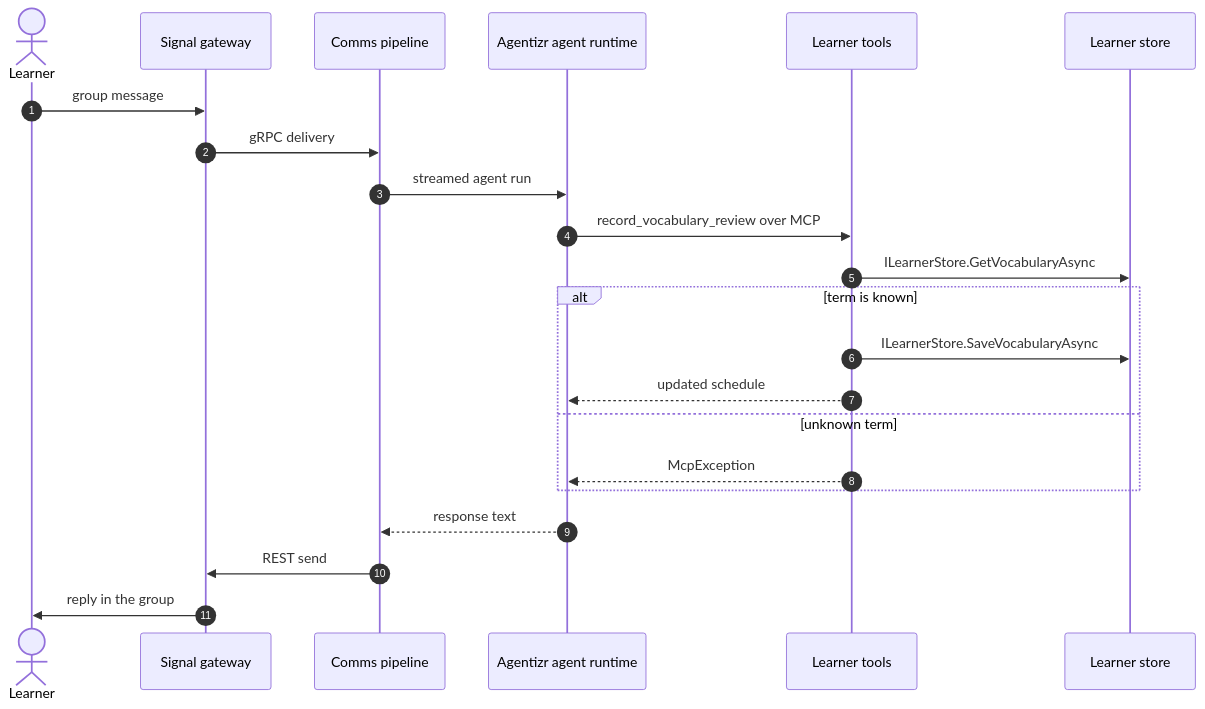
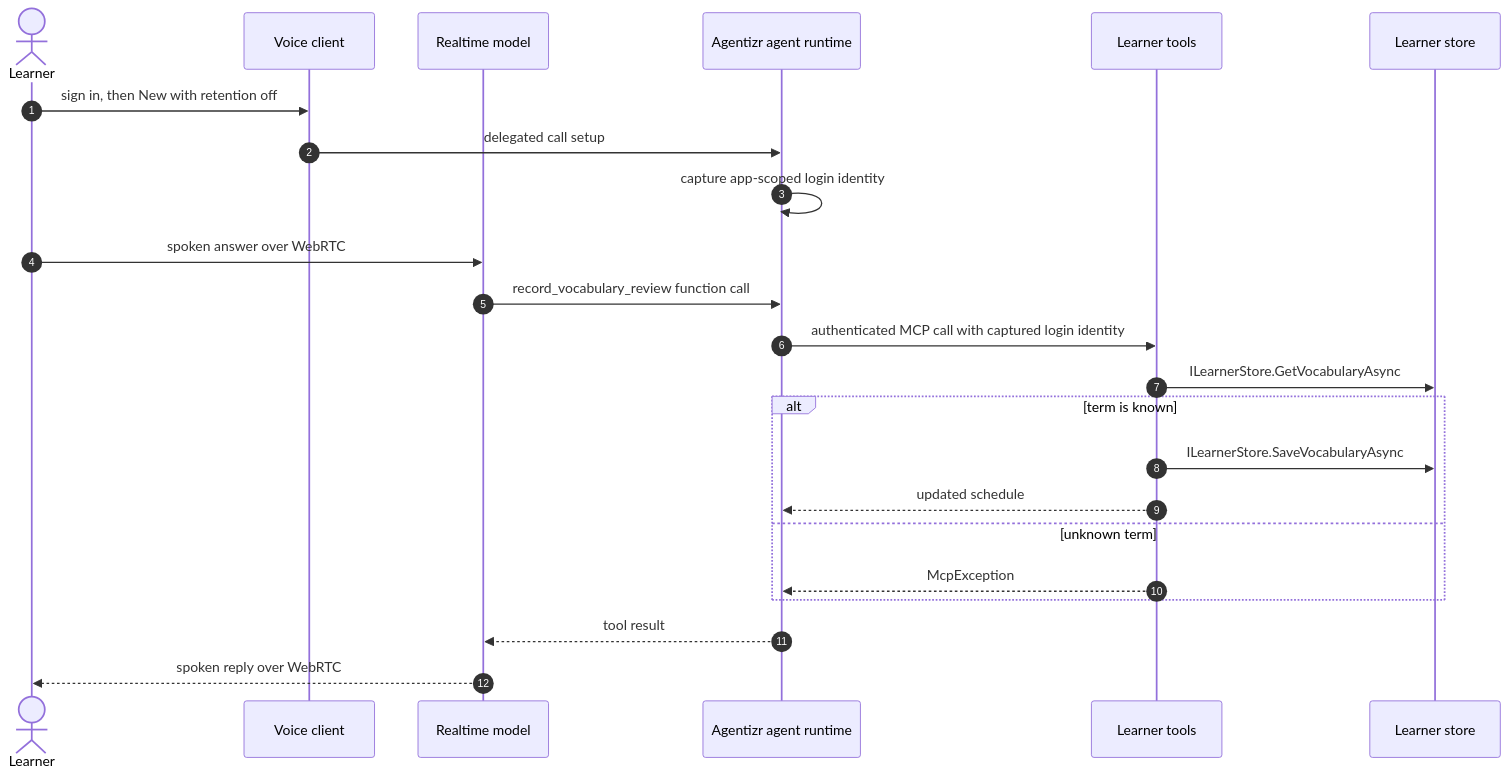
The fourth of 6 diagrams in docs/architecture.md (f2calv/tutorizr), drawn with Mermaid before and after one commit. The commit also changed other lines of this file and 14 other files, not shown here.

First line of the commit message:
feat(learner): isolate progress by authenticated login

````diff
--- a/docs/architecture.md
+++ b/docs/architecture.md
@@ -197,25 +202,26 @@
 ```mermaid
 sequenceDiagram
     autonumber
     actor learner as Learner
-    participant gateway as Signal gateway
-    participant comms as Comms pipeline
+    participant client as Voice client
+    participant model as Realtime model
     participant runtime as Agentizr agent runtime
     participant tools as Learner tools
     participant store as Learner store
 
-    learner->>gateway: group message
-    gateway->>comms: gRPC delivery
-    comms->>runtime: streamed agent run
-    runtime->>tools: record_vocabulary_review over MCP
+    learner->>client: sign in, then New with retention off
+    client->>runtime: delegated call setup
+    runtime->>runtime: capture app-scoped login identity
+    learner->>model: spoken answer over WebRTC
+    model->>runtime: record_vocabulary_review function call
+    runtime->>tools: authenticated MCP call with captured login identity
     tools->>store: ILearnerStore.GetVocabularyAsync
     alt term is known
         tools->>store: ILearnerStore.SaveVocabularyAsync
         tools-->>runtime: updated schedule
     else unknown term
         tools-->>runtime: McpException
     end
-    runtime-->>comms: response text
-    comms->>gateway: REST send
-    gateway->>learner: reply in the group
+    runtime-->>model: tool result
+    model-->>learner: spoken reply over WebRTC
 ```
````
